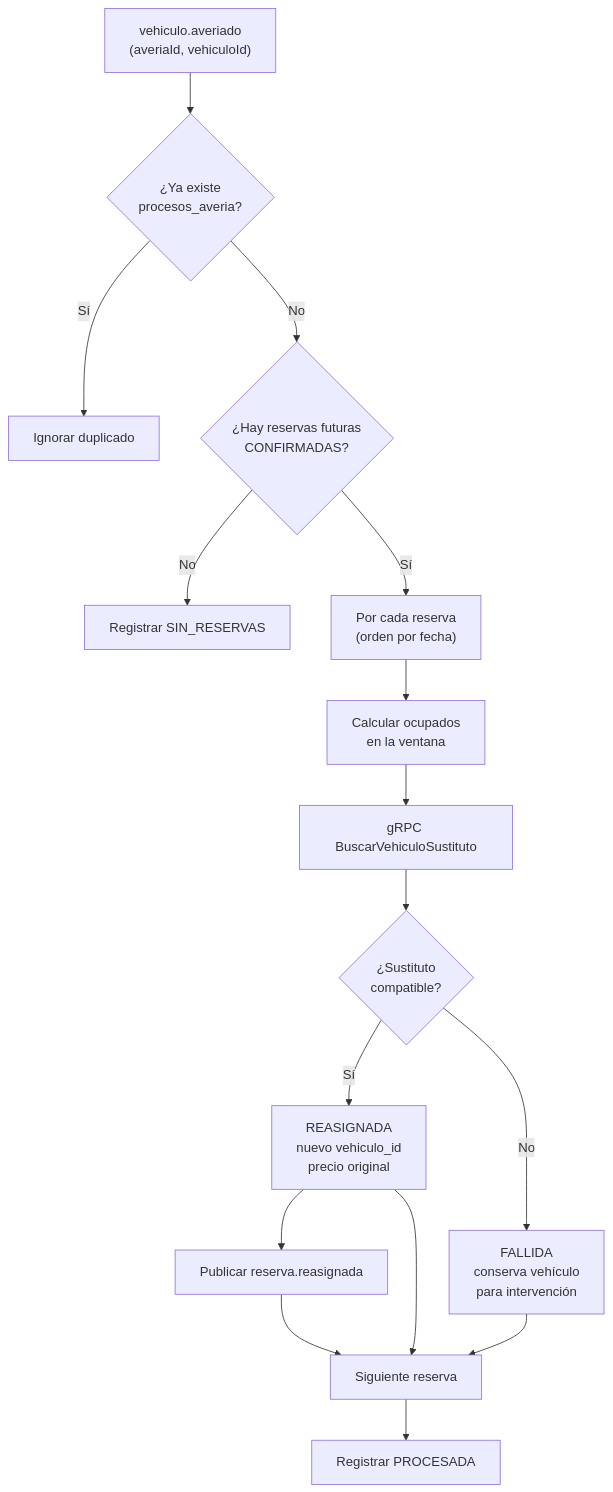
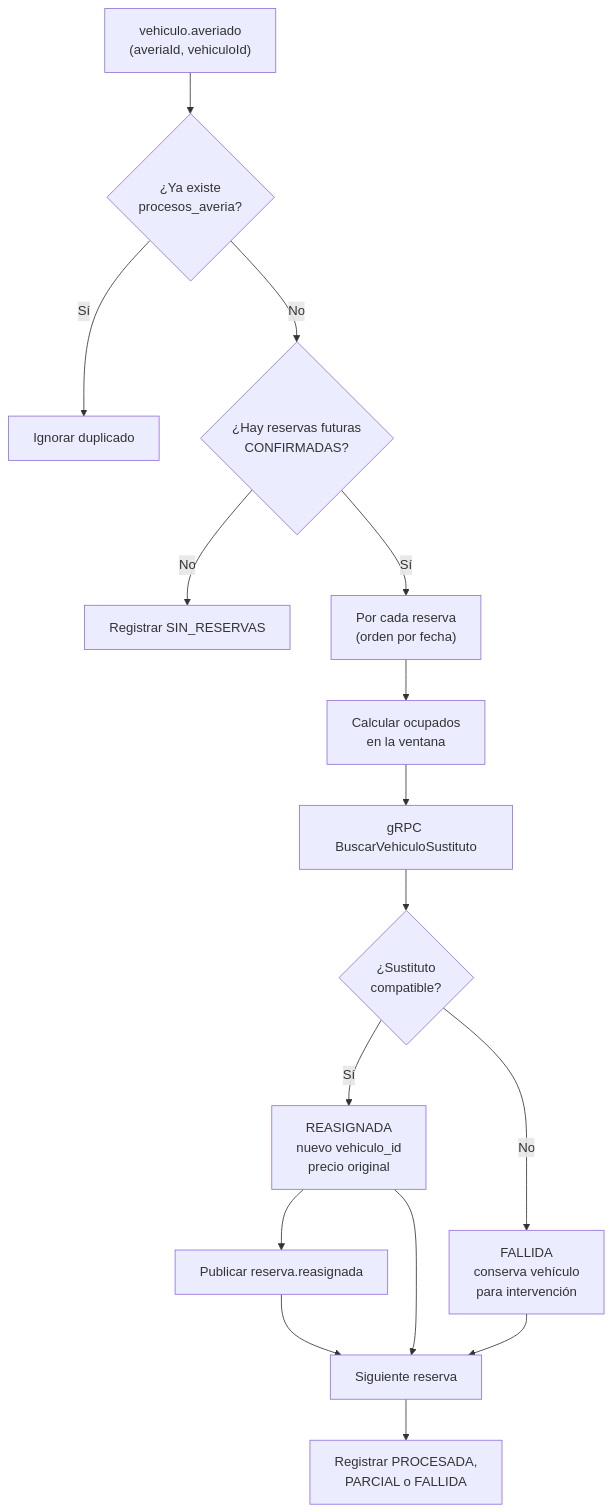
Before and after one commit to gomezrob17/sistema-rentar: the third of 4 diagrams in docs/recuperatorio-averias.md, drawn with Mermaid. The commit also changed other lines of this file and 2 other files, not shown here.

````diff
--- a/docs/recuperatorio-averias.md
+++ b/docs/recuperatorio-averias.md
@@ -357,18 +357,18 @@
 ```mermaid
 flowchart TD
     A["vehiculo.averiado<br/>(averiaId, vehiculoId)"] --> B{"¿Ya existe<br/>procesos_averia?"}
     B -- Sí --> B1["Ignorar duplicado"]
     B -- No --> C{"¿Hay reservas futuras<br/>CONFIRMADAS?"}
     C -- No --> C1["Registrar SIN_RESERVAS"]
     C -- Sí --> D["Por cada reserva<br/>(orden por fecha)"]
     D --> E["Calcular ocupados<br/>en la ventana"]
     E --> F["gRPC BuscarVehiculoSustituto"]
     F --> G{"¿Sustituto<br/>compatible?"}
     G -- Sí --> H["REASIGNADA<br/>nuevo vehiculo_id<br/>precio original"]
     G -- No --> I["FALLIDA<br/>conserva vehículo<br/>para intervención"]
     H --> J["Publicar reserva.reasignada"]
     H --> K["Siguiente reserva"]
     I --> K
     J --> K
-    K --> L["Registrar PROCESADA"]
+    K --> L["Registrar PROCESADA,<br/>PARCIAL o FALLIDA"]
 ```
````
